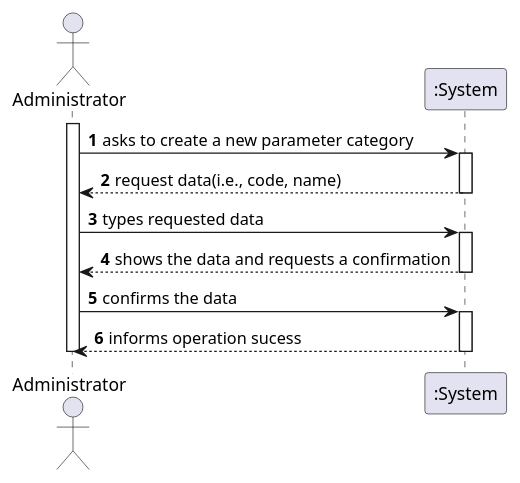
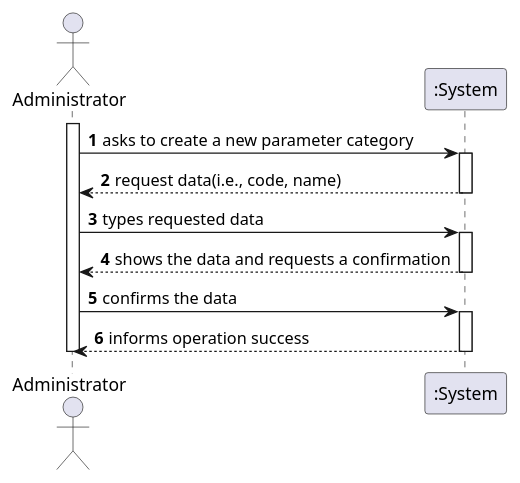
One commit to ana-albergaria/LAPR2-ISEP changed the diagram in docs/SprintB/US_11/US11_SSD.puml. Above: the diagram before and after it, drawn with PlantUML. The commit also changed 3 other files, not shown here.

```diff
--- a/docs/SprintB/US_11/US11_SSD.puml
+++ b/docs/SprintB/US_11/US11_SSD.puml
@@ -1,23 +1,23 @@
 @startuml
 autonumber
 actor "Administrator" as Adm
 
 activate Adm
 Adm-> ":System" : asks to create a new parameter category
 activate ":System"
 ":System" --> Adm : request data(i.e., code, name)
 deactivate ":System"
 
 Adm-> ":System" : types requested data
 activate ":System"
 ":System" --> Adm : shows the data and requests a confirmation
 deactivate ":System"
 
 Adm-> ":System" : confirms the data
 activate ":System"
-":System" --> Adm : informs operation sucess
+":System" --> Adm : informs operation success
 deactivate ":System"
 
 deactivate Adm
 
 @enduml
```
